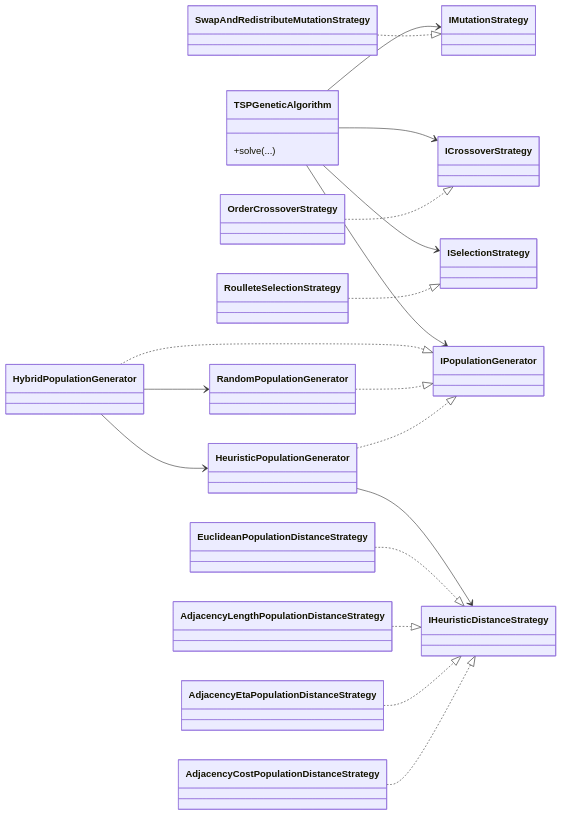
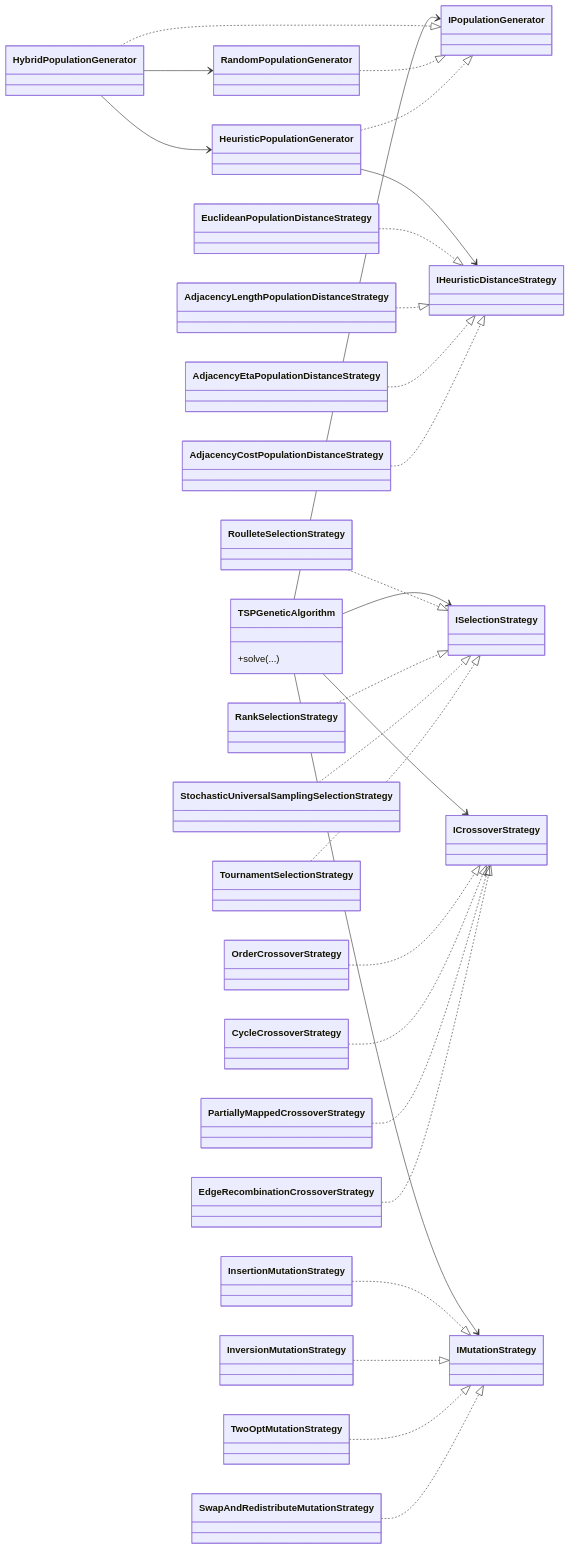
One commit to luizaaca/api_best_route changed the second of 3 diagrams in architecture.md. Above: the diagram before and after it, drawn with Mermaid. The commit also changed 2 other files, not shown here.

Commit message:
v0.2.2 feat: Complete GA operator library documentation and add educational concepts notebooks

````diff
--- a/architecture.md
+++ b/architecture.md
@@ -132,45 +132,46 @@
 ```mermaid
 classDiagram
     direction LR
 
     class TSPGeneticAlgorithm {
         +solve(...)
     }
     class ISelectionStrategy
     class ICrossoverStrategy
     class IMutationStrategy
     class IPopulationGenerator
-    class RoulleteSelectionStrategy
-    class OrderCrossoverStrategy
-    class SwapAndRedistributeMutationStrategy
-    class HybridPopulationGenerator
-    class RandomPopulationGenerator
-    class HeuristicPopulationGenerator
     class IHeuristicDistanceStrategy
-    class EuclideanPopulationDistanceStrategy
-    class AdjacencyLengthPopulationDistanceStrategy
-    class AdjacencyEtaPopulationDistanceStrategy
-    class AdjacencyCostPopulationDistanceStrategy
 
     TSPGeneticAlgorithm --> ISelectionStrategy
     TSPGeneticAlgorithm --> ICrossoverStrategy
     TSPGeneticAlgorithm --> IMutationStrategy
     TSPGeneticAlgorithm --> IPopulationGenerator
 
     RoulleteSelectionStrategy ..|> ISelectionStrategy
+    RankSelectionStrategy ..|> ISelectionStrategy
+    StochasticUniversalSamplingSelectionStrategy ..|> ISelectionStrategy
+    TournamentSelectionStrategy ..|> ISelectionStrategy
+
     OrderCrossoverStrategy ..|> ICrossoverStrategy
+    CycleCrossoverStrategy ..|> ICrossoverStrategy
+    PartiallyMappedCrossoverStrategy ..|> ICrossoverStrategy
+    EdgeRecombinationCrossoverStrategy ..|> ICrossoverStrategy
+
+    InsertionMutationStrategy ..|> IMutationStrategy
+    InversionMutationStrategy ..|> IMutationStrategy
+    TwoOptMutationStrategy ..|> IMutationStrategy
     SwapAndRedistributeMutationStrategy ..|> IMutationStrategy
 
     HybridPopulationGenerator ..|> IPopulationGenerator
     RandomPopulationGenerator ..|> IPopulationGenerator
     HeuristicPopulationGenerator ..|> IPopulationGenerator
 
     HybridPopulationGenerator --> RandomPopulationGenerator
     HybridPopulationGenerator --> HeuristicPopulationGenerator
     HeuristicPopulationGenerator --> IHeuristicDistanceStrategy
 
     EuclideanPopulationDistanceStrategy ..|> IHeuristicDistanceStrategy
     AdjacencyLengthPopulationDistanceStrategy ..|> IHeuristicDistanceStrategy
     AdjacencyEtaPopulationDistanceStrategy ..|> IHeuristicDistanceStrategy
     AdjacencyCostPopulationDistanceStrategy ..|> IHeuristicDistanceStrategy
 ```
````
